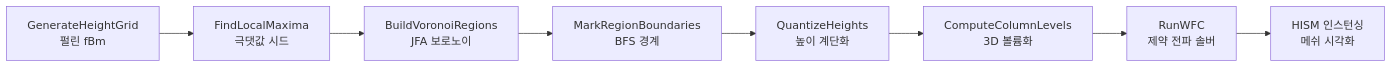
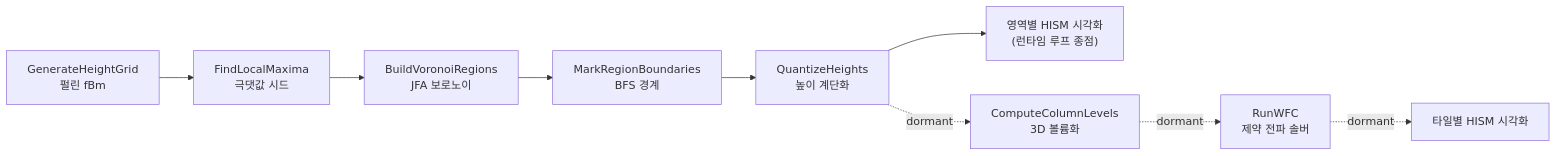
One commit to inwoo0115/LastStand changed the diagram in README.md. Above: the diagram before and after it, drawn with Mermaid. The commit also changed other lines of this file, not shown here.

First line of the commit message:
docs: mark WFC Stage B as dormant in README

````diff
--- a/README.md
+++ b/README.md
@@ -19,10 +19,11 @@
 ```mermaid
 flowchart LR
     A["GenerateHeightGrid<br/>펄린 fBm"] --> B["FindLocalMaxima<br/>극댓값 시드"]
     B --> C["BuildVoronoiRegions<br/>JFA 보로노이"]
     C --> D["MarkRegionBoundaries<br/>BFS 경계"]
     D --> E["QuantizeHeights<br/>높이 계단화"]
-    E --> F["ComputeColumnLevels<br/>3D 볼륨화"]
-    F --> G["RunWFC<br/>제약 전파 솔버"]
-    G --> H["HISM 인스턴싱<br/>메쉬 시각화"]
+    E --> R["영역별 HISM 시각화<br/>(런타임 루프 종점)"]
+    E -.dormant.-> F["ComputeColumnLevels<br/>3D 볼륨화"]
+    F -.dormant.-> G["RunWFC<br/>제약 전파 솔버"]
+    G -.dormant.-> H["타일별 HISM 시각화"]
 ```
````
